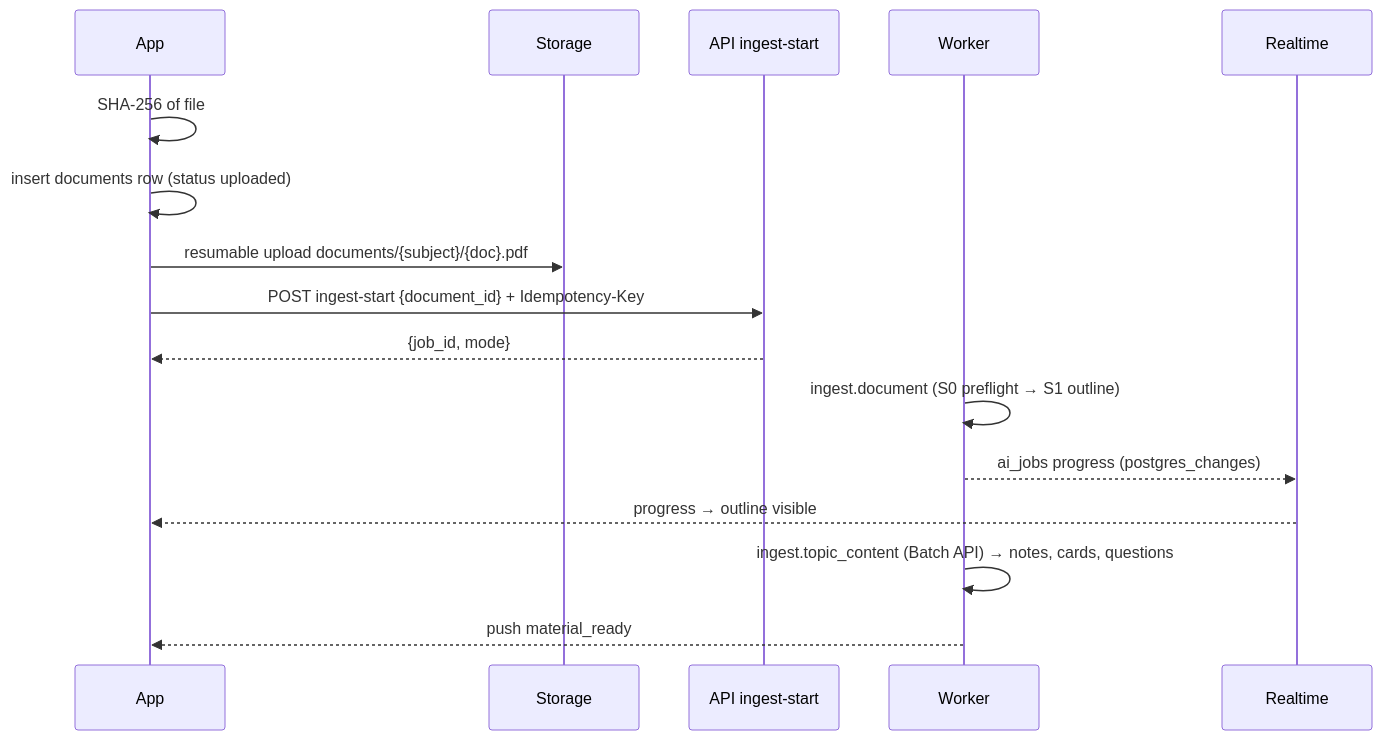
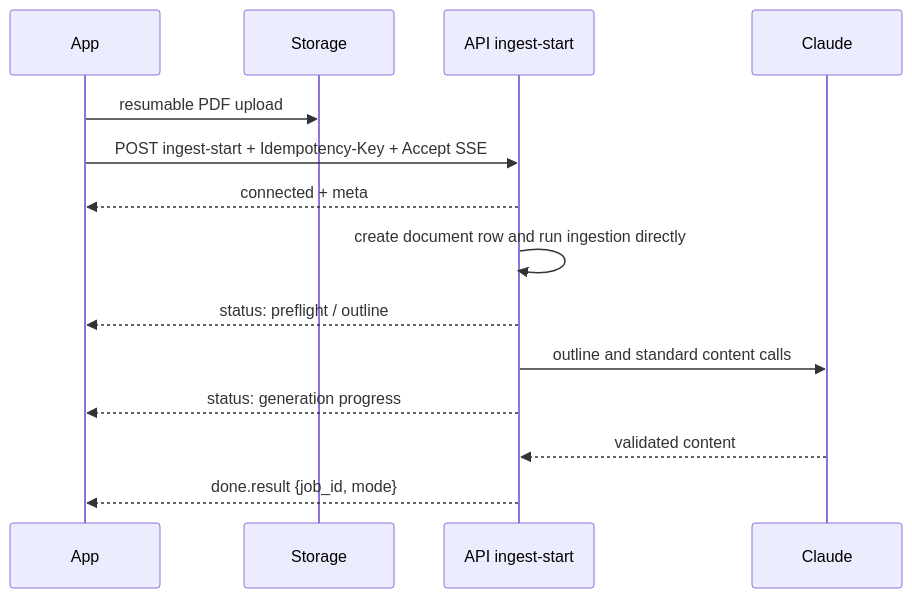
One commit to mariajunqueiramirandas-cpu/Studify changed the second of 2 diagrams in docs/engineering/api.md. Above: the diagram before and after it, drawn with Mermaid. The commit also changed other lines of this file and 290 other files, not shown here.

First line of the commit message:
refactor: run Studify directly behind resumable SSE

````diff
--- a/docs/engineering/api.md
+++ b/docs/engineering/api.md
@@ -601,18 +598,17 @@
 ```mermaid
 sequenceDiagram
   participant A as App
   participant S as Storage
   participant E as API ingest-start
-  participant W as Worker
-  participant R as Realtime
-  A->>A: SHA-256 of file
-  A->>A: insert documents row (status uploaded)
-  A->>S: resumable upload documents/{subject}/{doc}.pdf
-  A->>E: POST ingest-start {document_id} + Idempotency-Key
-  E-->>A: {job_id, mode}
-  W->>W: ingest.document (S0 preflight → S1 outline)
-  W-->>R: ai_jobs progress (postgres_changes)
-  R-->>A: progress → outline visible
-  W->>W: ingest.topic_content (Batch API) → notes, cards, questions
-  W-->>A: push material_ready
+  participant C as Claude
+  A->>S: resumable PDF upload
+  A->>E: POST ingest-start + Idempotency-Key + Accept SSE
+  E-->>A: connected + meta
+  E->>E: create document row and run ingestion directly
+  E-->>A: status: preflight / outline
+  E->>C: outline and standard content calls
+  E-->>A: status: generation progress
+  C-->>E: validated content
+  E-->>A: done.result {job_id, mode}
+
 ```
````
